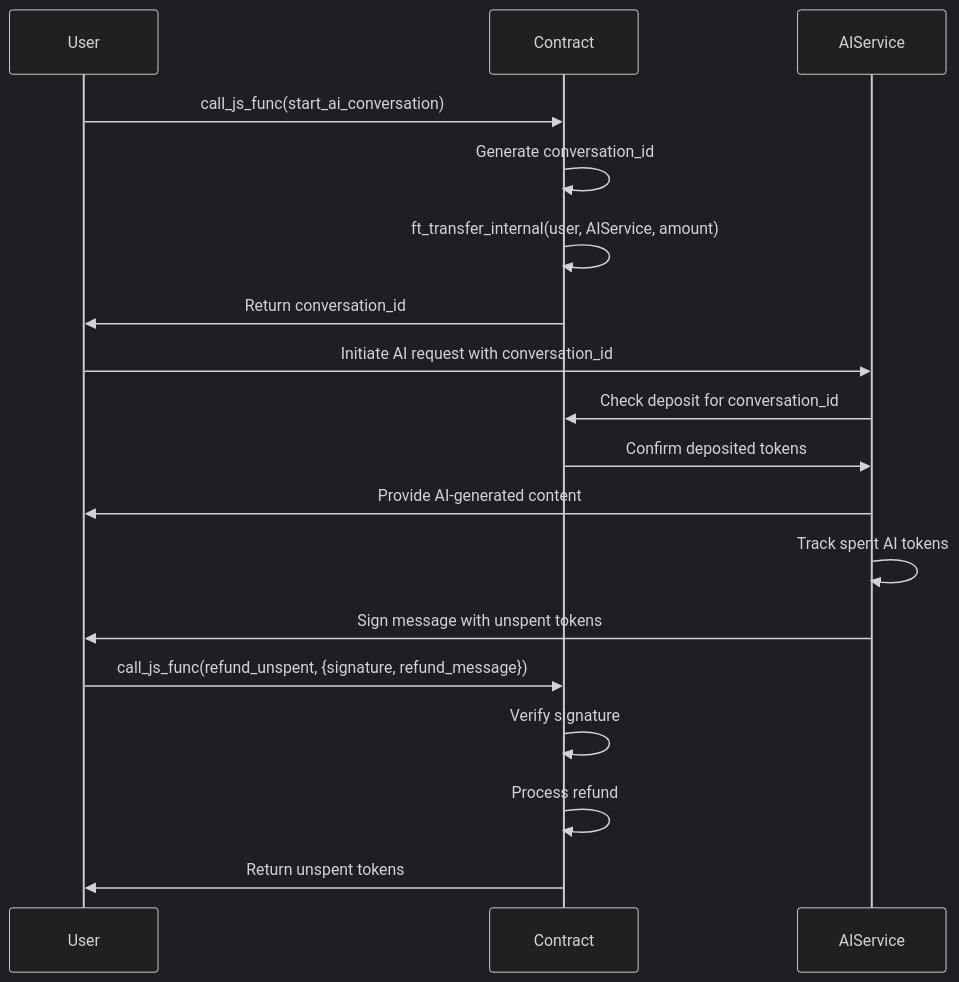
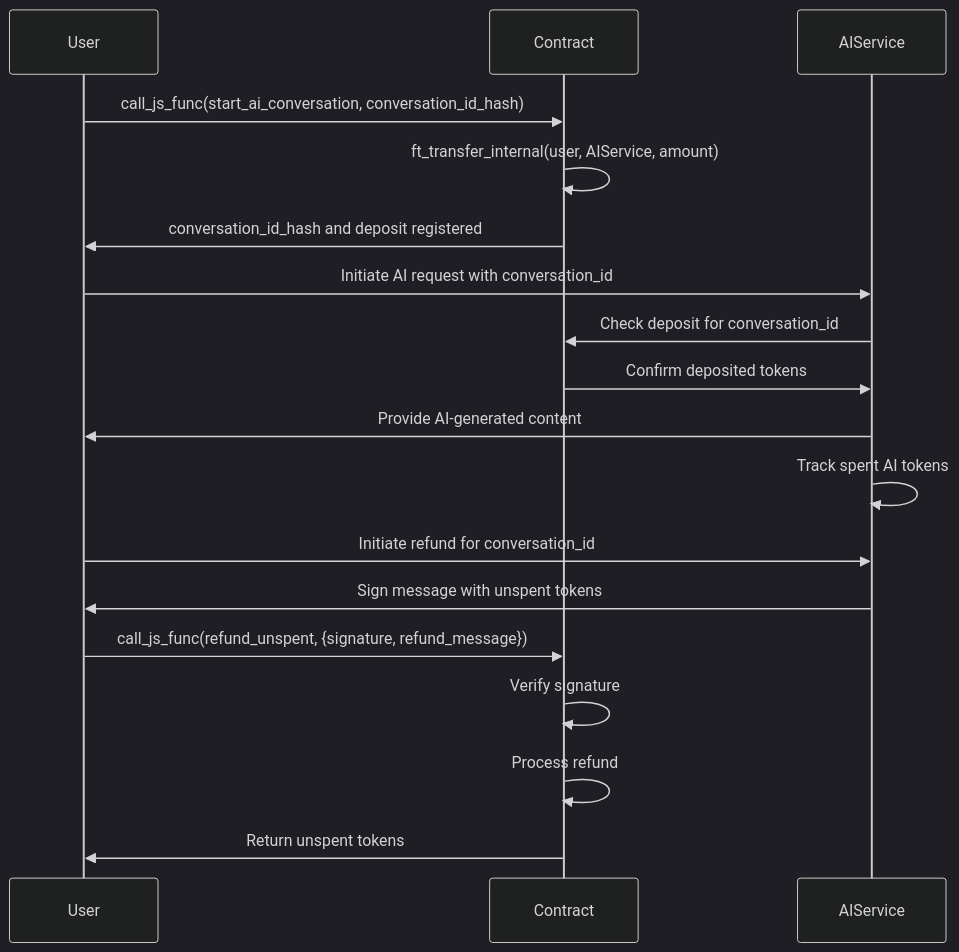
One commit to petersalomonsen/quickjs-rust-near changed the diagram in examples/fungibletoken/README.md. Above: the diagram before and after it, drawn with Mermaid (dark theme). The commit also changed 11 other files, not shown here.

First line of the commit message:
AI proxy test: start and refund conversation (#26)

````diff
--- a/examples/fungibletoken/README.md
+++ b/examples/fungibletoken/README.md
@@ -15,25 +15,25 @@
 ```mermaid
 sequenceDiagram
     participant User
     participant Contract
     participant AIService
 
-    User->>Contract: call_js_func(start_ai_conversation)
-    Contract->>Contract: Generate conversation_id
+    User->>Contract: call_js_func(start_ai_conversation, conversation_id_hash)
     Contract->>Contract: ft_transfer_internal(user, AIService, amount)
-    Contract->>User: Return conversation_id
+    Contract->>User: conversation_id_hash and deposit registered
 
     User->>AIService: Initiate AI request with conversation_id
     AIService->>Contract: Check deposit for conversation_id
     Contract->>AIService: Confirm deposited tokens
 
     AIService->>User: Provide AI-generated content
     AIService->>AIService: Track spent AI tokens
+    User->>AIService: Initiate refund for conversation_id
     AIService->>User: Sign message with unspent tokens
 
     User->>Contract: call_js_func(refund_unspent, {signature, refund_message})
     Contract->>Contract: Verify signature
     Contract->>Contract: Process refund
 
     Contract->>User: Return unspent tokens
 ```
````
